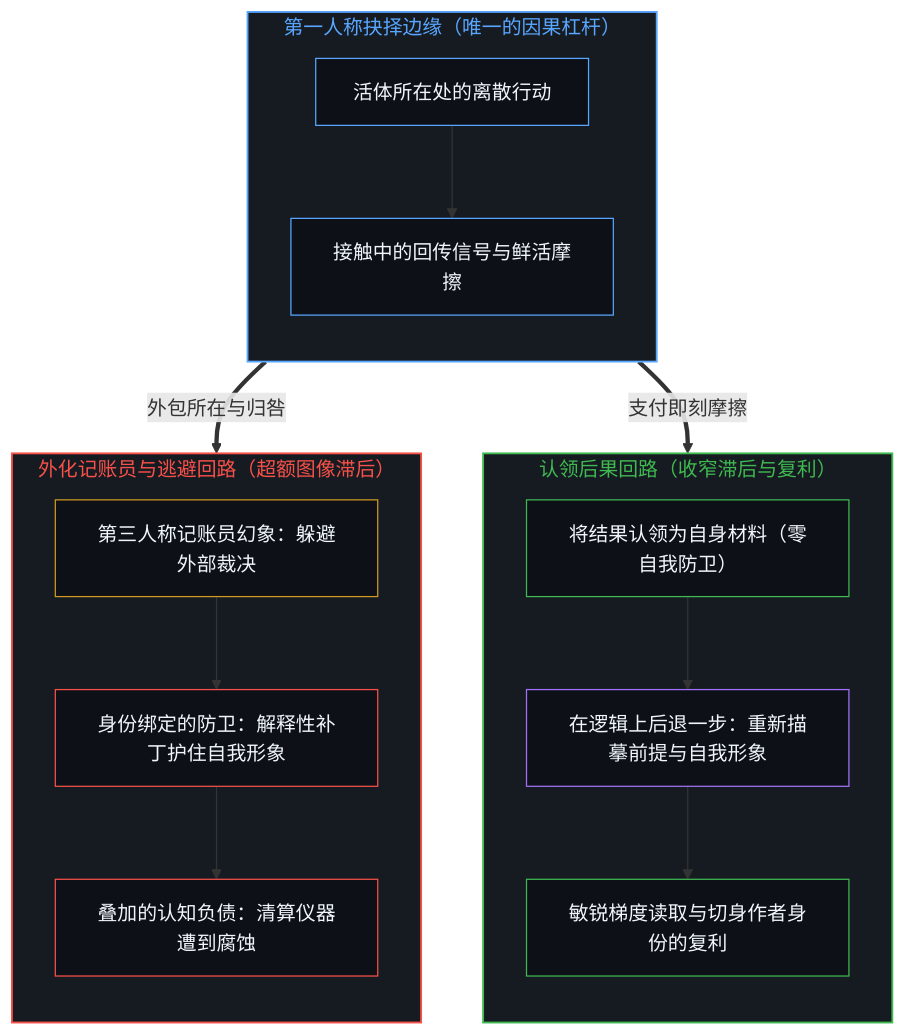
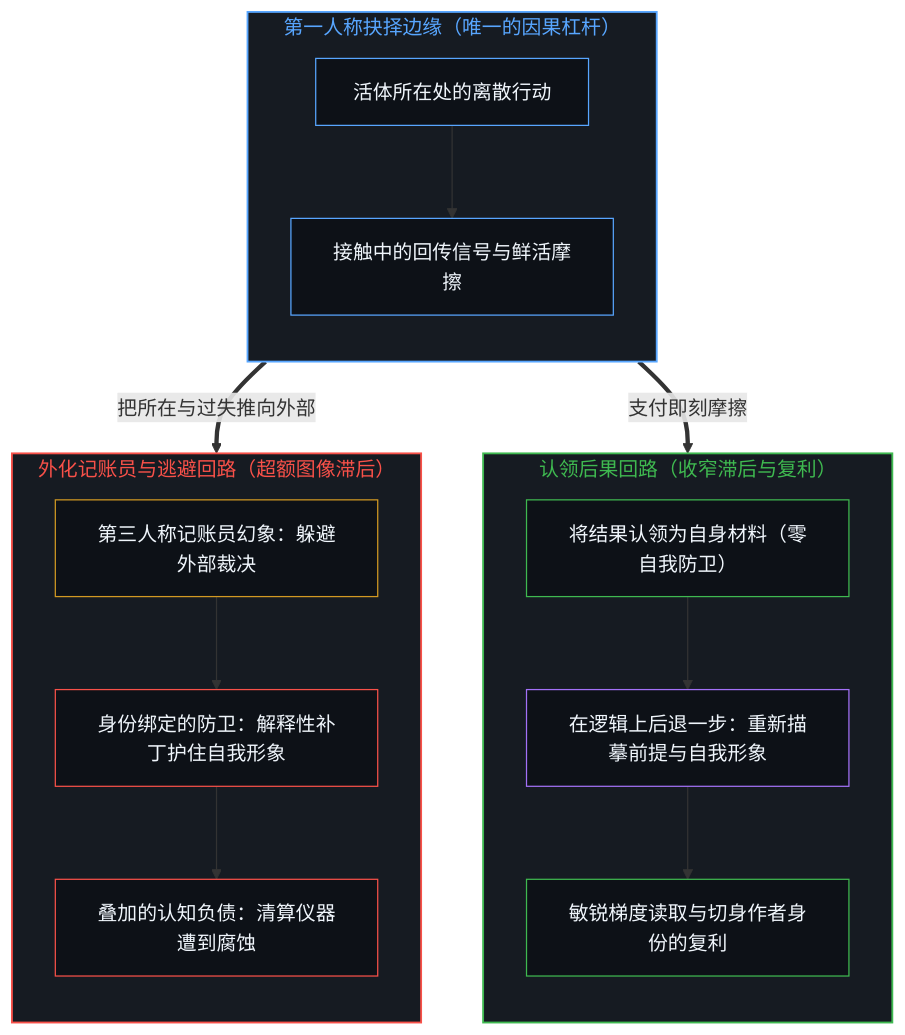
The first of 2 diagrams in content/posts/no-outside-scorekeeper.md (powerpig99/not-a-toe), drawn with Mermaid before and after one commit. The commit also changed other lines of this file and 13 other files, not shown here.

````diff
--- a/content/posts/no-outside-scorekeeper.md
+++ b/content/posts/no-outside-scorekeeper.md
@@ -37,36 +37,36 @@
 ```mermaid
 flowchart TD
     subgraph S_Edge["第一人称抉择边缘（唯一的因果杠杆）"]
         direction TB
         Choice["活体所在处的离散行动"]
         Contact["接触中的回传信号与鲜活摩擦"]
         Choice --> Contact
     end
     subgraph S_Own["认领后果回路（收窄滞后与复利）"]
         direction TB
         Claim["将结果认领为自身材料（零自我防卫）"]
         StepBack["在逻辑上后退一步：重新描摹前提与自我形象"]
         Compound["敏锐梯度读取与切身作者身份的复利"]
         Claim --> StepBack --> Compound
     end
     subgraph S_Evade["外化记账员与逃避回路（超额图像滞后）"]
         direction TB
         Court["第三人称记账员幻象：躲避外部裁决"]
         Patch["身份绑定的防卫：解释性补丁护住自我形象"]
         Lock["叠加的认知负债：清算仪器遭到腐蚀"]
         Court --> Patch --> Lock
     end
     Contact ==>|"支付即刻摩擦"| Claim
-    Contact ==>|"外包所在与归咎"| Court
+    Contact ==>|"把所在与过失推向外部"| Court
     style S_Edge fill:#161b22,stroke:#58a6ff,stroke-width:1.5px,color:#58a6ff
     style S_Own fill:#161b22,stroke:#3fb950,stroke-width:1.5px,color:#3fb950
     style S_Evade fill:#161b22,stroke:#f85149,stroke-width:1.5px,color:#f85149
     style Choice fill:#0d1117,stroke:#58a6ff,stroke-width:1px,color:#f0f6fc
     style Contact fill:#0d1117,stroke:#58a6ff,stroke-width:1px,color:#f0f6fc
     style Claim fill:#0d1117,stroke:#3fb950,stroke-width:1px,color:#f0f6fc
     style StepBack fill:#0d1117,stroke:#a371f7,stroke-width:1px,color:#f0f6fc
     style Compound fill:#0d1117,stroke:#3fb950,stroke-width:1px,color:#f0f6fc
     style Court fill:#0d1117,stroke:#d29922,stroke-width:1px,color:#f0f6fc
     style Patch fill:#0d1117,stroke:#f85149,stroke-width:1px,color:#f0f6fc
     style Lock fill:#0d1117,stroke:#f85149,stroke-width:1px,color:#f0f6fc
 ```
````
